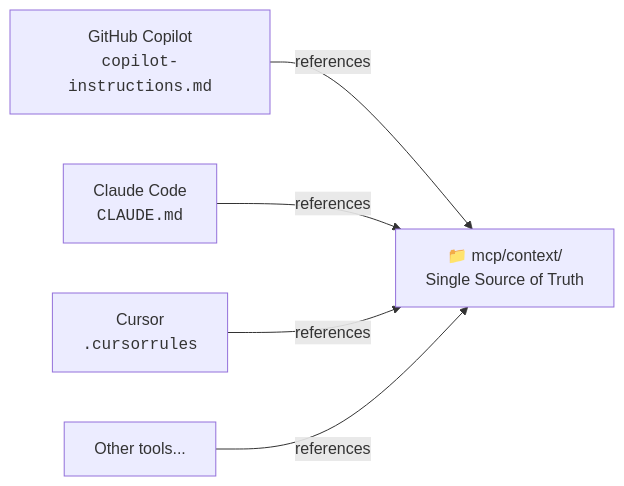
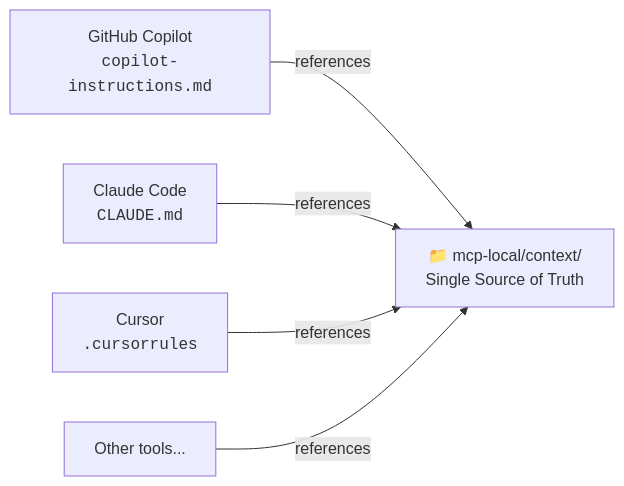
The diagram in .github/AI_CONTEXT.md (CodandoTV/CraftD), drawn with Mermaid before and after one commit. The commit also changed other lines of this file and 23 other files, not shown here.

First line of the commit message:
refactor: rename mcp/ to mcp-local/ for clearer intent

````diff
--- a/.github/AI_CONTEXT.md
+++ b/.github/AI_CONTEXT.md
@@ -15,14 +15,14 @@
 ```mermaid
 graph LR
     COPILOT["GitHub Copilot<br/><code>copilot-instructions.md</code>"]
     CLAUDE["Claude Code<br/><code>CLAUDE.md</code>"]
     CURSOR["Cursor<br/><code>.cursorrules</code>"]
     OTHER["Other tools..."]
 
-    MCP["📁 mcp/context/<br/>Single Source of Truth"]
+    MCP["📁 mcp-local/context/<br/>Single Source of Truth"]
 
     COPILOT -->|references| MCP
     CLAUDE -->|references| MCP
     CURSOR -->|references| MCP
     OTHER -->|references| MCP
 ```
````
